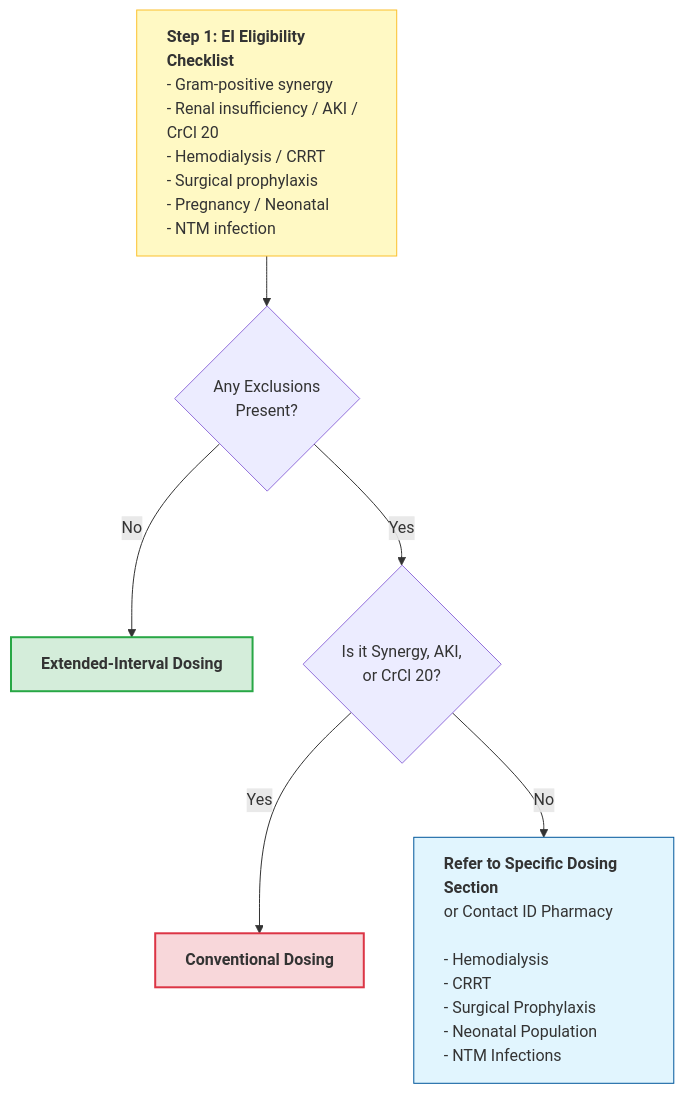
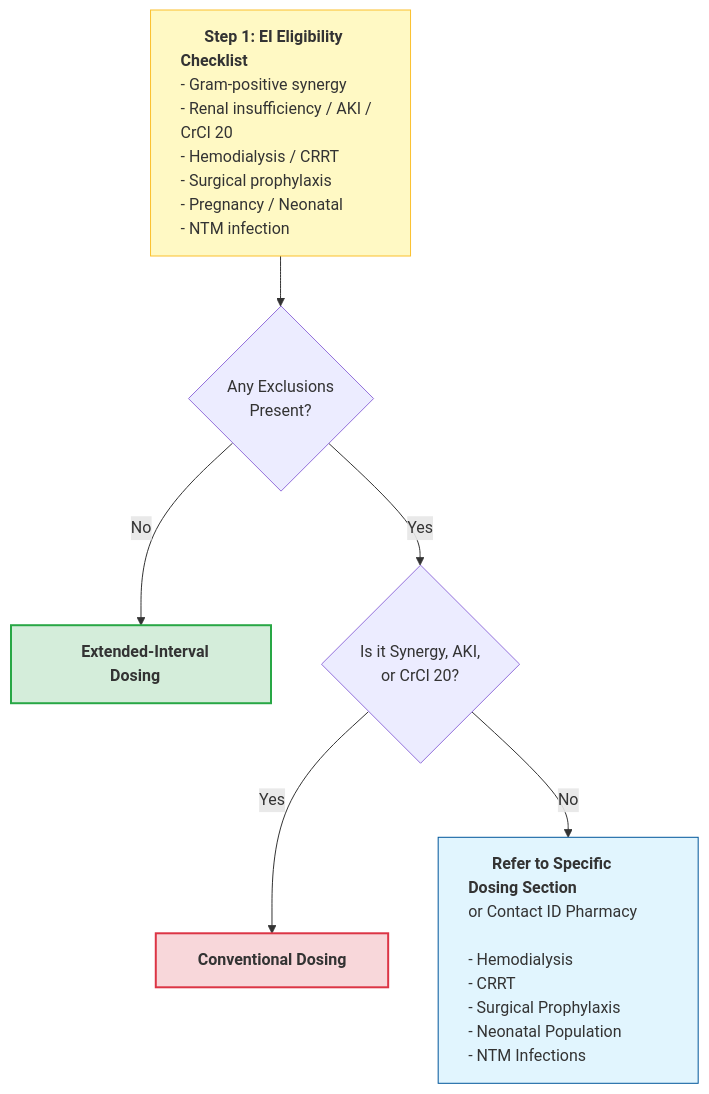
The diagram in dosing-strategy.md (shemtsai/Aminoglycoside-Calculator), drawn with Mermaid before and after one commit.

Commit message:
Adjust flowchart formatting for better readability

````diff
--- a/dosing-strategy.md
+++ b/dosing-strategy.md
@@ -38,22 +38,22 @@
 ```mermaid
 flowchart TD
-    %% Step 1: The wide checklist box
-    Start["<b>Step 1: EI Eligibility Checklist</b><br/>- Gram-positive synergy<br/>- Renal insufficiency / AKI / CrCl 20<br/>- Hemodialysis / CRRT<br/>- Surgical prophylaxis<br/>- Pregnancy / Neonatal<br/>- NTM infection"] --> B{Any Exclusions<br/>Present?}
+    %% Step 1: Using spacers to force a wide rectangle
+    Start["&nbsp;&nbsp;&nbsp;&nbsp;&nbsp;&nbsp;<b>Step 1: EI Eligibility Checklist</b>&nbsp;&nbsp;&nbsp;&nbsp;&nbsp;&nbsp;<br/>- Gram-positive synergy<br/>- Renal insufficiency / AKI / CrCl 20<br/>- Hemodialysis / CRRT<br/>- Surgical prophylaxis<br/>- Pregnancy / Neonatal<br/>- NTM infection"] --> B{Any Exclusions<br/>Present?}
     
     style Start fill:#fff9c4,stroke:#fbc02d,text-align:left
 
     %% The 'No' Path
-    B -- "No" --> EI[<b>Extended-Interval Dosing</b>]
+    B -- "No" --> EI["&nbsp;&nbsp;&nbsp;<b>Extended-Interval Dosing</b>&nbsp;&nbsp;&nbsp;"]
     style EI fill:#d4edda,stroke:#28a745,stroke-width:2px
 
-    %% The 'Yes' Path to secondary screening
+    %% The 'Yes' Path
     B -- "Yes" --> C{"Is it Synergy, AKI,<br/>or CrCl 20?"}
     
-    C -- "Yes" --> Conv[<b>Conventional Dosing</b>]
+    C -- "Yes" --> Conv["&nbsp;&nbsp;&nbsp;<b>Conventional Dosing</b>&nbsp;&nbsp;&nbsp;"]
     style Conv fill:#f8d7da,stroke:#dc3545,stroke-width:2px
 
-    %% The 'No' path to specialty references
-    C -- "No" --> D["<b>Refer to Specific Dosing Section</b><br/>or Contact ID Pharmacy<br/><br/>- Hemodialysis<br/>- CRRT<br/>- Surgical Prophylaxis<br/>- Neonatal Population<br/>- NTM Infections"]
+    %% Step 3: Wide referral box
+    C -- "No" --> D["&nbsp;&nbsp;&nbsp;&nbsp;&nbsp;&nbsp;<b>Refer to Specific Dosing Section</b>&nbsp;&nbsp;&nbsp;&nbsp;&nbsp;&nbsp;<br/>or Contact ID Pharmacy<br/><br/>- Hemodialysis<br/>- CRRT<br/>- Surgical Prophylaxis<br/>- Neonatal Population<br/>- NTM Infections"]
     
     style D fill:#e1f5fe,stroke:#01579b,text-align:left
 ```
````
